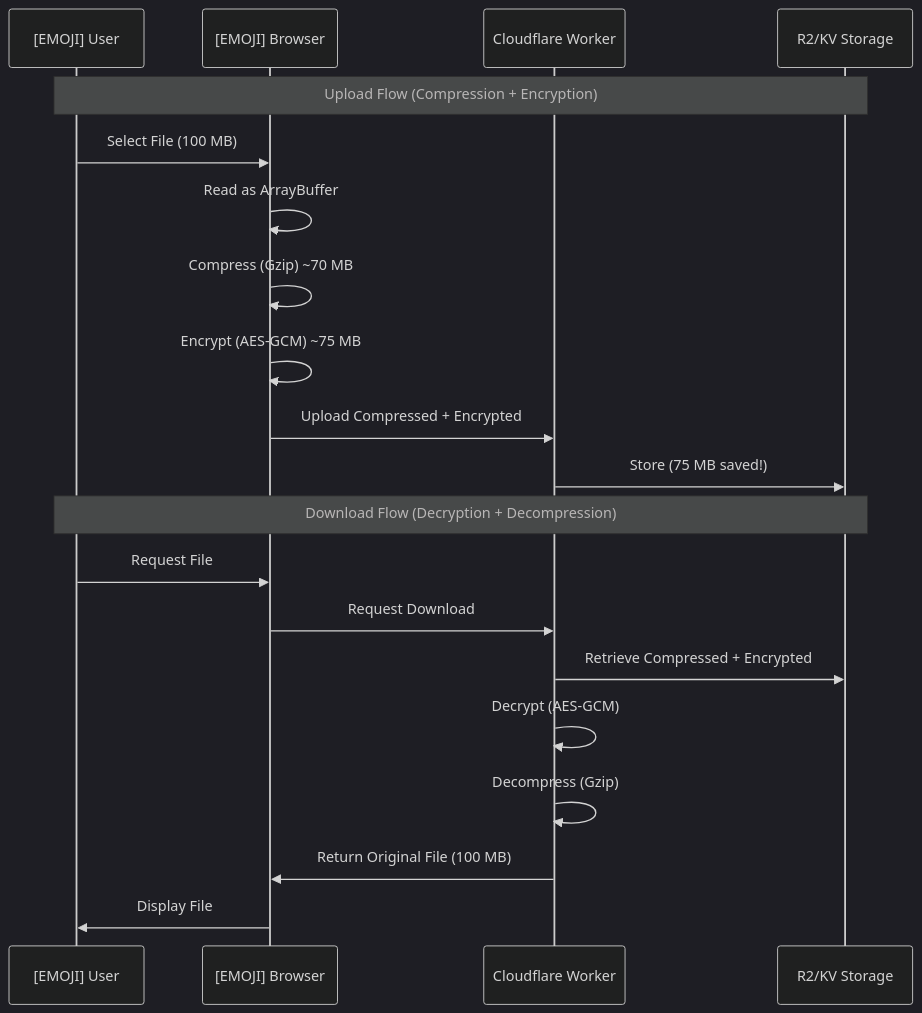
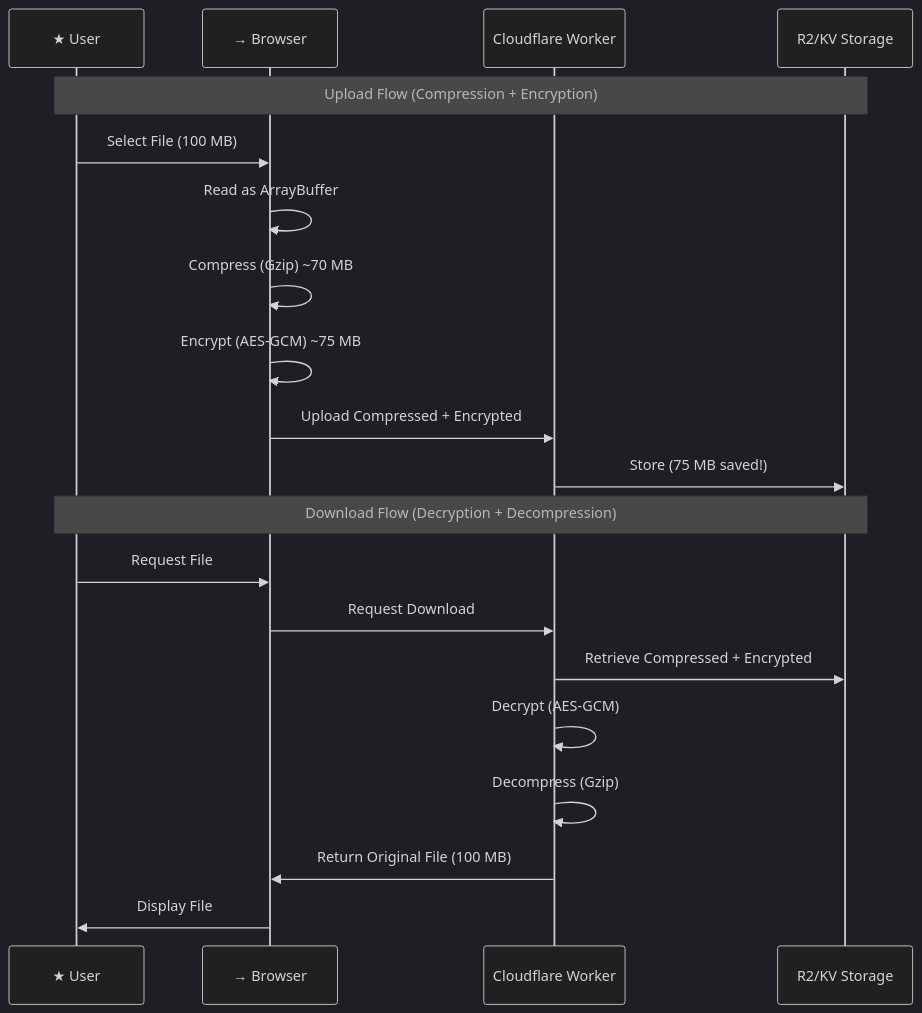
The third of 3 diagrams in packages/api-framework/encryption/README.md (Underwood-Inc/strixun-stream-suite), drawn with Mermaid (dark theme) before and after one commit. The commit also changed other lines of this file and 609 other files, not shown here.

````diff
--- a/packages/api-framework/encryption/README.md
+++ b/packages/api-framework/encryption/README.md
@@ -470,24 +461,24 @@
 ```mermaid
 sequenceDiagram
-    participant User as [EMOJI] User
-    participant Browser as [EMOJI] Browser
+    participant User as ★ User
+    participant Browser as → Browser
     participant Worker as  Cloudflare Worker
     participant Storage as  R2/KV Storage
     
     Note over User,Storage: Upload Flow (Compression + Encryption)
     User->>Browser: Select File (100 MB)
     Browser->>Browser: Read as ArrayBuffer
     Browser->>Browser: Compress (Gzip)  ~70 MB
     Browser->>Browser: Encrypt (AES-GCM)  ~75 MB
     Browser->>Worker: Upload Compressed + Encrypted
     Worker->>Storage: Store (75 MB saved!)
     
     Note over User,Storage: Download Flow (Decryption + Decompression)
     User->>Browser: Request File
     Browser->>Worker: Request Download
     Worker->>Storage: Retrieve Compressed + Encrypted
     Worker->>Worker: Decrypt (AES-GCM)
     Worker->>Worker: Decompress (Gzip)
     Worker->>Browser: Return Original File (100 MB)
     Browser->>User: Display File
 ```
````
